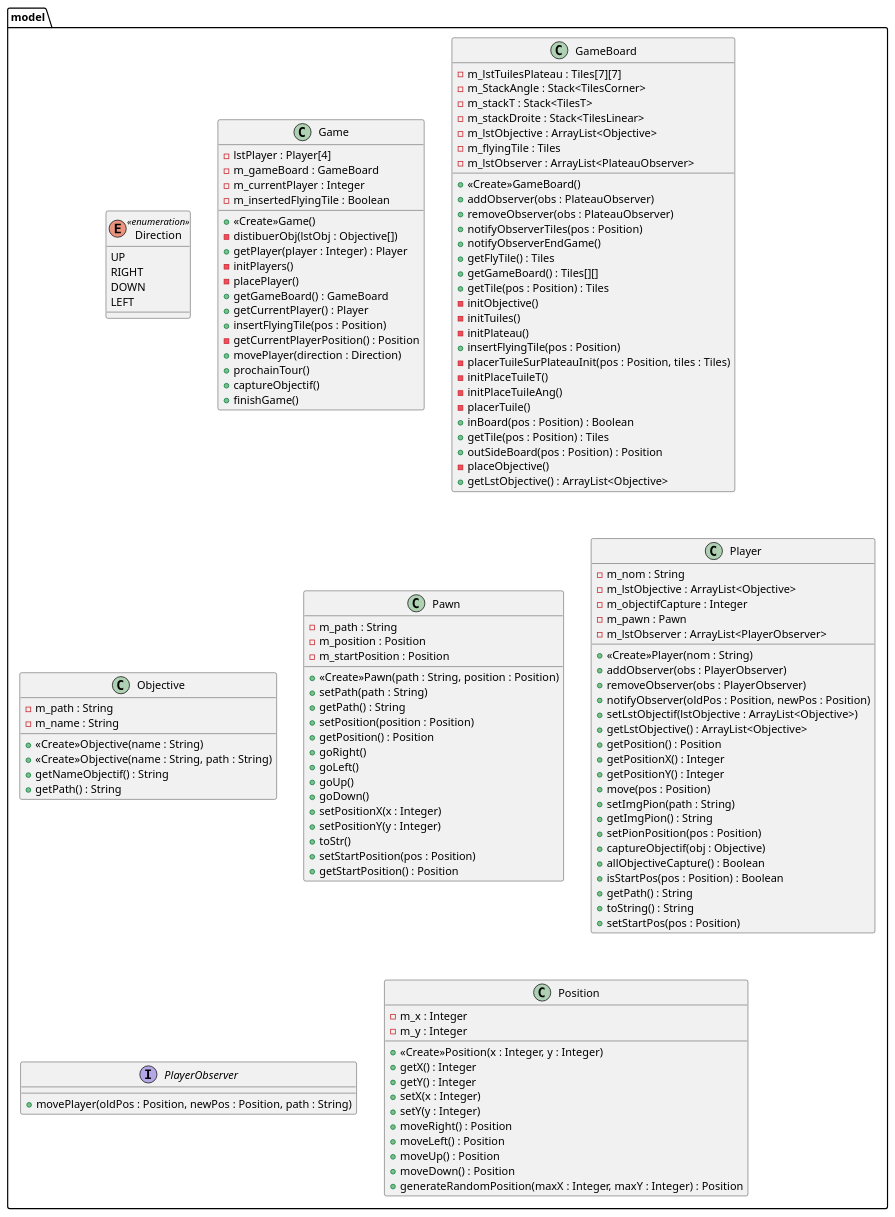
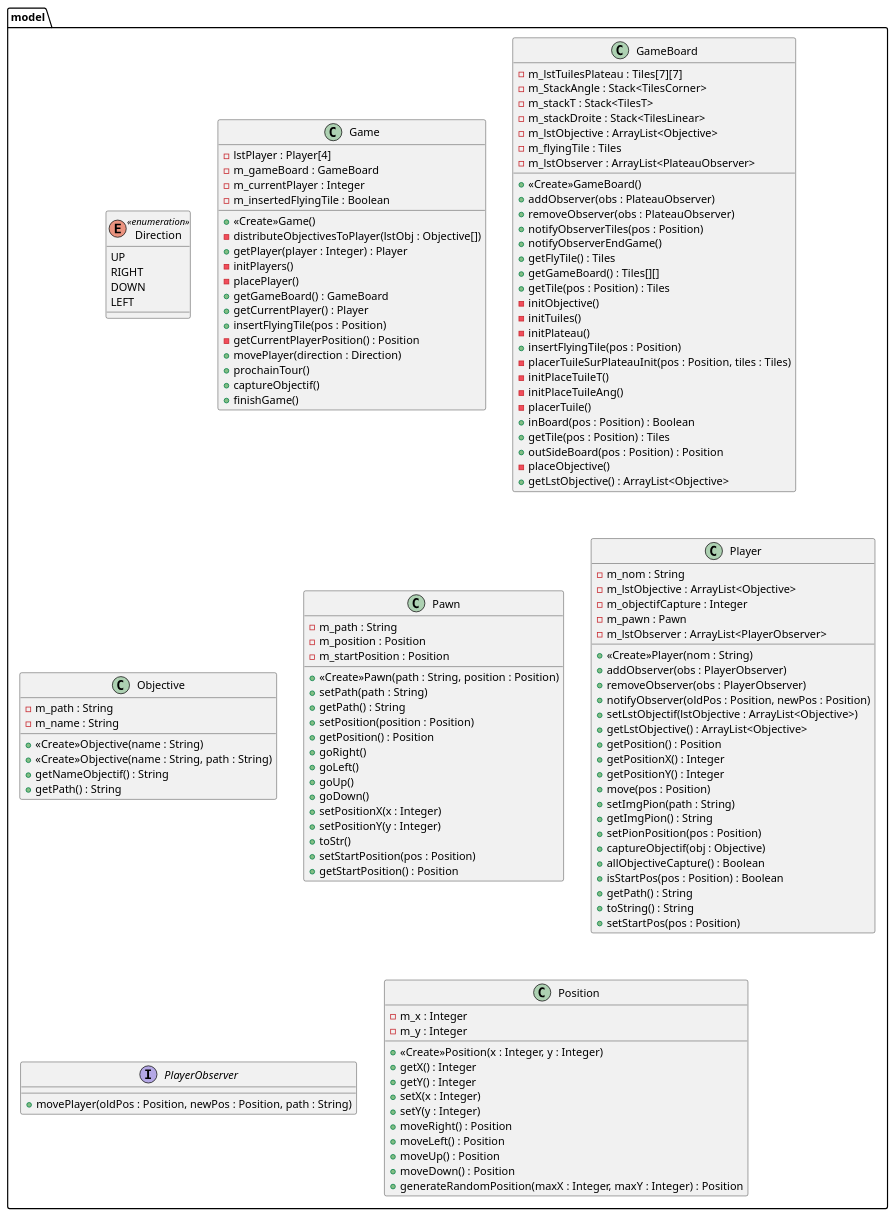
Before and after one commit to alexandreCouton/projet_Labyrinthe: the diagram in UML/rendu2.puml, drawn with PlantUML. The commit also changed 2 other files, not shown here.

```diff
--- a/UML/rendu2.puml
+++ b/UML/rendu2.puml
@@ -1,150 +1,150 @@
 @startuml
 
 package model{
 
     enum Direction << enumeration >> {
         UP
         RIGHT
         DOWN
         LEFT
     }
 
     class Game{
         - lstPlayer : Player[4]
         - m_gameBoard : GameBoard
         - m_currentPlayer : Integer
         - m_insertedFlyingTile : Boolean
 
         +<<Create>>Game()
-        - distibuerObj(lstObj : Objective[])
+        - distributeObjectivesToPlayer(lstObj : Objective[])
         + getPlayer(player : Integer) : Player
         - initPlayers()
         - placePlayer()
         + getGameBoard() : GameBoard
         + getCurrentPlayer() : Player
         + insertFlyingTile(pos : Position)
         - getCurrentPlayerPosition() : Position
         + movePlayer(direction : Direction)
         + prochainTour()
         + captureObjectif()
         + finishGame()
     }
 
     class GameBoard{
         - m_lstTuilesPlateau : Tiles[7][7]
         - m_StackAngle : Stack<TilesCorner>
         - m_stackT : Stack<TilesT>
         - m_stackDroite : Stack<TilesLinear>
         - m_lstObjective : ArrayList<Objective>
         - m_flyingTile : Tiles
         - m_lstObserver : ArrayList<PlateauObserver>
 
         +<<Create>>GameBoard()
         + addObserver(obs : PlateauObserver)
         + removeObserver(obs : PlateauObserver)
         + notifyObserverTiles(pos : Position)
         + notifyObserverEndGame()
         + getFlyTile() : Tiles
         + getGameBoard() : Tiles[][]
         + getTile(pos : Position) : Tiles
         - initObjective()
         - initTuiles()
         - initPlateau()
         + insertFlyingTile(pos : Position)
         - placerTuileSurPlateauInit(pos : Position, tiles : Tiles)
         - initPlaceTuileT()
         - initPlaceTuileAng()
         - placerTuile()
         + inBoard(pos : Position) : Boolean
         + getTile(pos : Position) : Tiles
         + outSideBoard(pos : Position) : Position
         - placeObjective()
         + getLstObjective() : ArrayList<Objective>
     }
 
     class Objective{
         - m_path : String
         - m_name : String
 
         +<<Create>>Objective(name : String)
         +<<Create>>Objective(name : String, path : String)
         + getNameObjectif() : String
         + getPath() : String
     }
 
     class Pawn{
         - m_path : String
         - m_position : Position
         - m_startPosition : Position
 
         +<<Create>>Pawn(path : String, position : Position)
         + setPath(path : String)
         + getPath() : String
         + setPosition(position : Position)
         + getPosition() : Position
         + goRight()
         + goLeft()
         + goUp()
         + goDown()
         + setPositionX(x : Integer)
         + setPositionY(y : Integer)
         + toStr()
         + setStartPosition(pos : Position)
         + getStartPosition() : Position
     }
 
     class Player{
         - m_nom : String
         - m_lstObjective : ArrayList<Objective>
         - m_objectifCapture : Integer
         - m_pawn : Pawn
         - m_lstObserver : ArrayList<PlayerObserver>
 
         +<<Create>>Player(nom : String)
         + addObserver(obs : PlayerObserver)
         + removeObserver(obs : PlayerObserver)
         + notifyObserver(oldPos : Position, newPos : Position)
         + setLstObjectif(lstObjective : ArrayList<Objective>)
         + getLstObjective() : ArrayList<Objective>
         + getPosition() : Position
         + getPositionX() : Integer
         + getPositionY() : Integer
         + move(pos : Position)
         + setImgPion(path : String)
         + getImgPion() : String
         + setPionPosition(pos : Position)
         + captureObjectif(obj : Objective)
         + allObjectiveCapture() : Boolean
         + isStartPos(pos : Position) : Boolean
         + getPath() : String
         + toString() : String
         + setStartPos(pos : Position)
     }
 
     interface PlayerObserver{
         + movePlayer(oldPos : Position, newPos : Position, path : String)
     }
 
     class Position{
         - m_x : Integer
         - m_y : Integer
 
         +<<Create>>Position(x : Integer, y : Integer)
         + getX() : Integer
         + getY() : Integer
         + setX(x : Integer)
         + setY(y : Integer)
         + moveRight() : Position
         + moveLeft() : Position
         + moveUp() : Position
         + moveDown() : Position
         + generateRandomPosition(maxX : Integer, maxY : Integer) : Position
     }
 
     
     
 
 
 }
 
 @enduml
```
